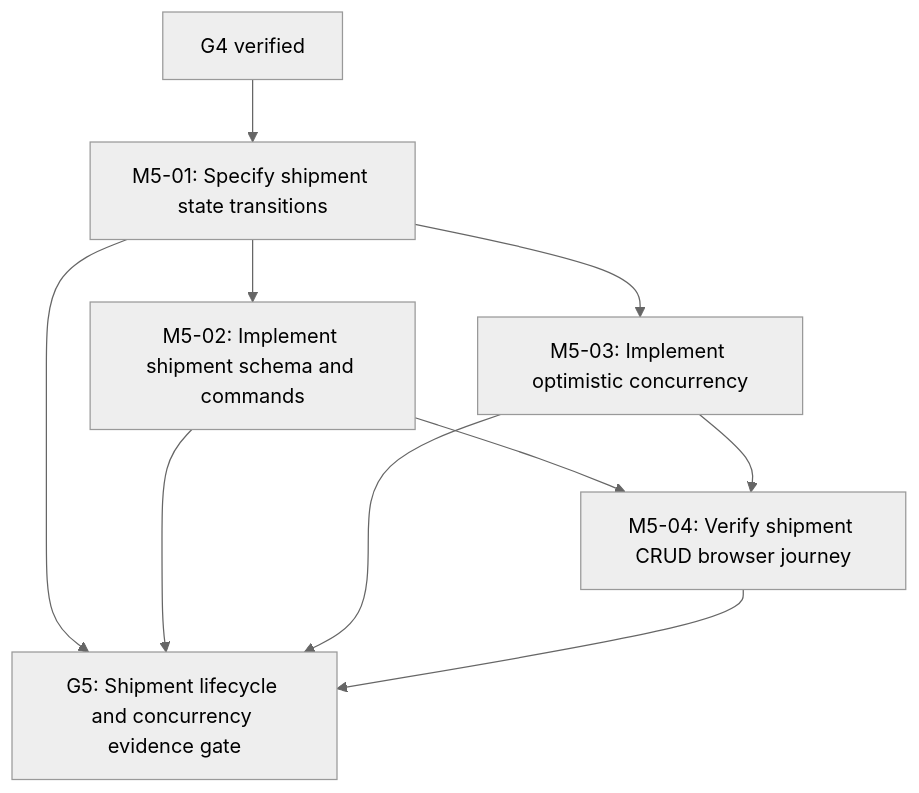
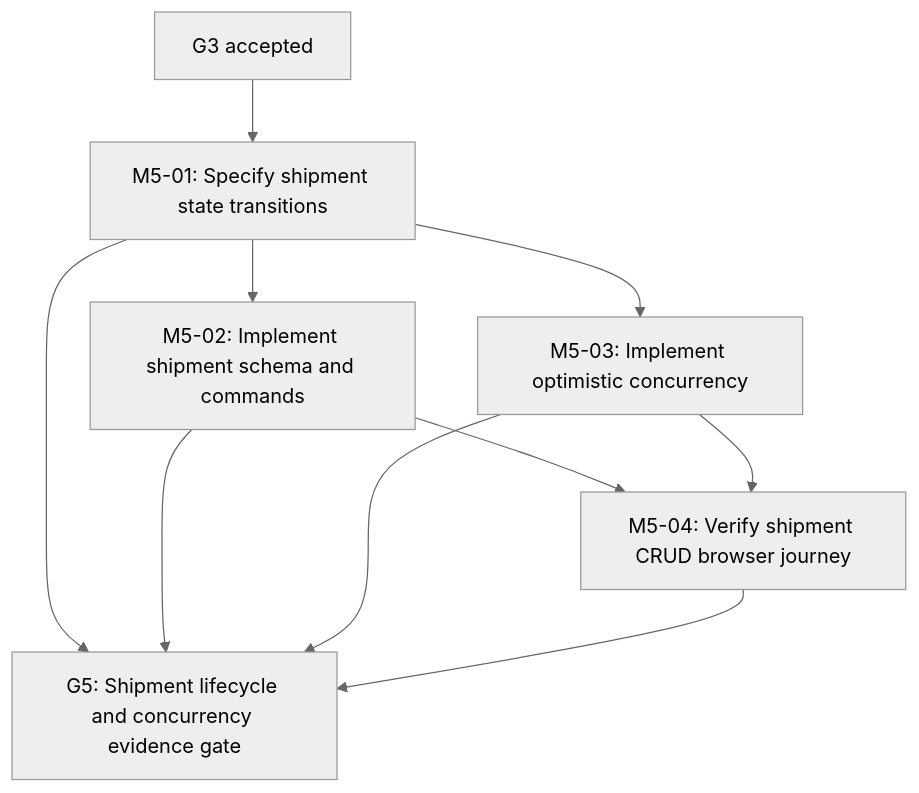
Diagram 13 of 32 in docs/EXECUTION_GRAPH.md (ekamal22/HarborOps-Enterprise-Maritime-Logistics-IT-Operations-Platform), drawn with Mermaid (neutral theme) before and after one commit. The commit also changed other lines of this file and 2 other files, not shown here.

````diff
--- a/docs/EXECUTION_GRAPH.md
+++ b/docs/EXECUTION_GRAPH.md
@@ -300,18 +394,18 @@
 ```mermaid
 flowchart TD
   M5_01["M5-01: Specify shipment state transitions"]
   M5_02["M5-02: Implement shipment schema and commands"]
   M5_03["M5-03: Implement optimistic concurrency"]
   M5_04["M5-04: Verify shipment CRUD browser journey"]
   G5["G5: Shipment lifecycle and concurrency evidence gate"]
-  G4["G4 verified"]
-  G4 --> M5_01
+  G3["G3 accepted"]
+  G3 --> M5_01
   M5_01 --> M5_02
   M5_01 --> M5_03
   M5_02 --> M5_04
   M5_03 --> M5_04
   M5_01 --> G5
   M5_02 --> G5
   M5_03 --> G5
   M5_04 --> G5
 ```
````
